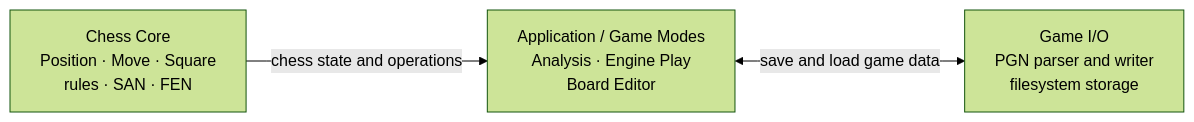
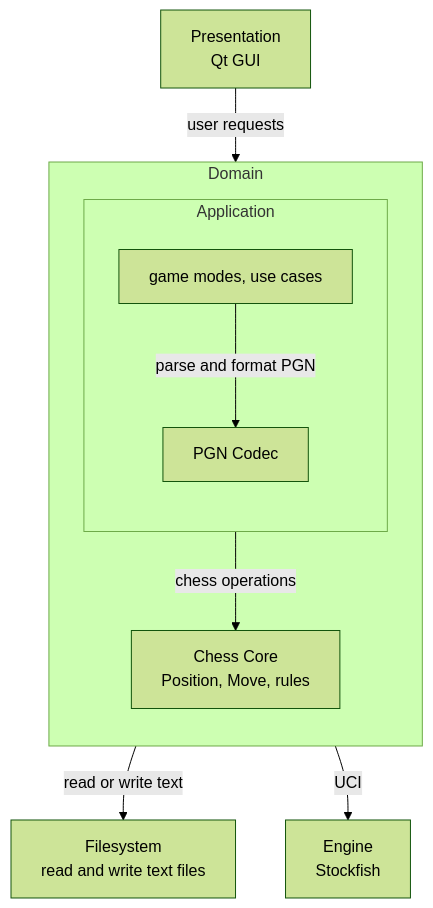
One commit to andrcode1/Chess_Clone changed the diagram in docs/Architecture.md. Above: the diagram before and after it, drawn with Mermaid (forest theme). The commit also changed other lines of this file and 69 other files, not shown here.

First line of the commit message:
[CC-27] Restructure source tree into layered architecture

````diff
--- a/docs/Architecture.md
+++ b/docs/Architecture.md
@@ -11,9 +19,25 @@
 ```mermaid
-flowchart LR
-    Core["Chess Core<br/>Position · Move · Square<br/>rules · SAN · FEN"]
-    Application["Application / Game Modes<br/>Analysis · Engine Play<br/>Board Editor"]
-    GameIO["Game I/O<br/>PGN parser and writer<br/>filesystem storage"]
+flowchart TB
+    GUI["Presentation<br/>Qt GUI"]
 
-    Core -->|"chess state and operations"| Application
-    Application <-->|"save and load game data"| GameIO
+    subgraph Domain["Domain"]
+        direction TB
+        subgraph Application["Application"]
+            direction TB
+            Modes["game modes, use cases"]
+            PGN["PGN Codec"]
+
+            Modes -->|"parse and format PGN"| PGN
+        end
+        Core["Chess Core<br/>Position, Move, rules"]
+
+        Modes -->|"chess operations"| Core
+    end
+
+    Filesystem["Filesystem<br/>read and write text files"]
+    Engine["Engine<br/>Stockfish"]
+
+    GUI -->|"user requests"| Domain
+    Domain -->|"read or write text"| Filesystem
+    Domain -->|"UCI"| Engine
 ```
````
